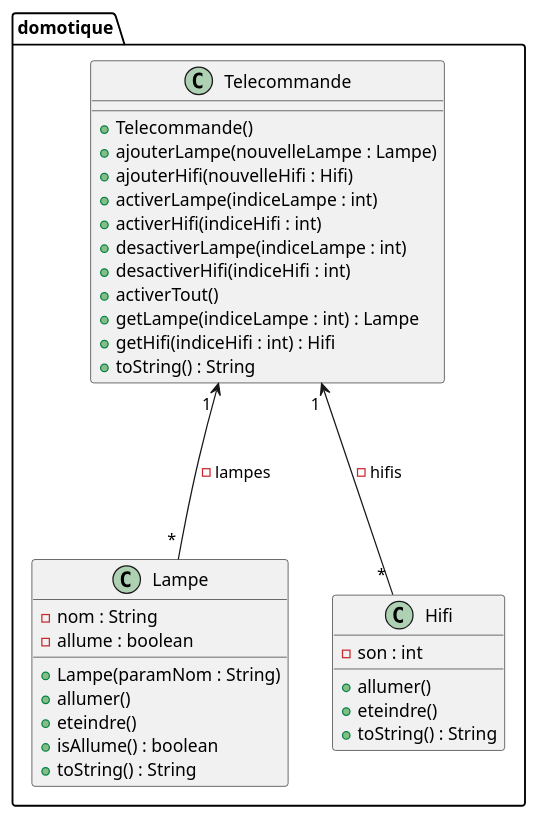
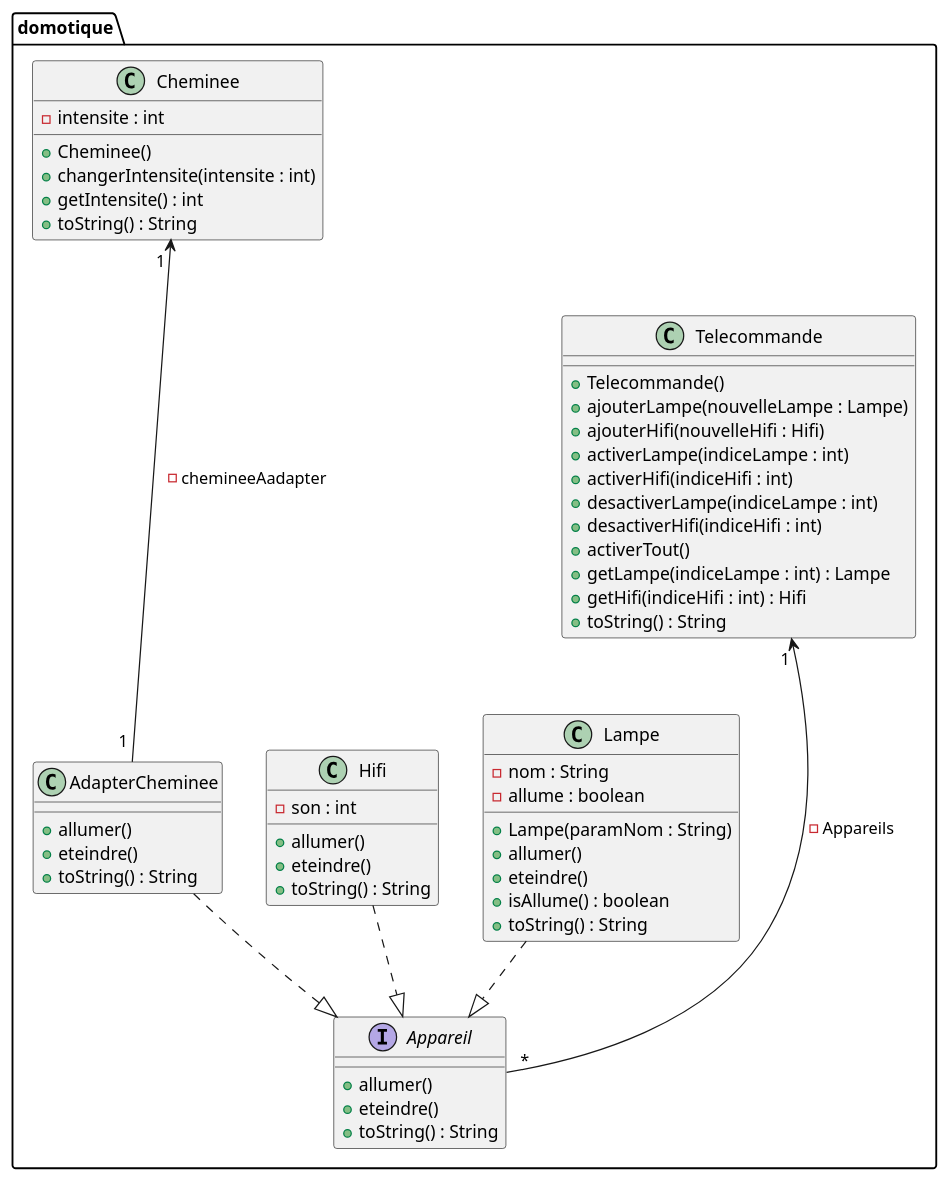
One commit to CharlieKieffer1/2026_coo_domotique_CharlieKieffer1 changed the diagram in plantUML_domotique_TD3.puml. Above: the diagram before and after it, drawn with PlantUML. The commit also changed 1 other file, not shown here.

Commit message:
modif du plantuml

```diff
--- a/plantUML_domotique_TD3.puml
+++ b/plantUML_domotique_TD3.puml
@@ -1,45 +1,71 @@
 @startuml
 
 package domotique {
 
 class Telecommande {
 
     + Telecommande()
     + ajouterLampe(nouvelleLampe : Lampe)
     + ajouterHifi(nouvelleHifi : Hifi)
     + activerLampe(indiceLampe : int)
     + activerHifi(indiceHifi : int)
     + desactiverLampe(indiceLampe : int)
     + desactiverHifi(indiceHifi : int)
     + activerTout()
     + getLampe(indiceLampe : int) : Lampe
     + getHifi(indiceHifi : int) : Hifi
+    + toString() : String
+}
+
+interface Appareil { 
+    + allumer()
+    + eteindre()
     + toString() : String
 }
 
 class Lampe {
     - nom : String
     - allume : boolean
 
     + Lampe(paramNom : String)
     + allumer()
     + eteindre()
     + isAllume() : boolean
     + toString() : String
 }
 
 class Hifi {
     - son : int
 
     + allumer()
     + eteindre()
     + toString() : String
 }
 
+class Cheminee {
+
+    - intensite : int 
+    
+    + Cheminee()
+    + changerIntensite(intensite : int) 
+    + getIntensite() : int
+    + toString() : String
+
+}
+
+class AdapterCheminee {
+    + allumer()
+    + eteindre()
+    + toString() : String
+}
+
 }
 
 ' Relations
-Telecommande " 1 " <--- " * " Lampe : -lampes
-Telecommande " 1 " <--- " * " Hifi : -hifis
+Telecommande " 1 " <--- " * " Appareil : -Appareils
+Cheminee " 1 " <--- " 1 " AdapterCheminee : -chemineeAadapter
+Lampe ..|> Appareil
+Hifi ..|> Appareil
+AdapterCheminee ..|> Appareil
 
 @enduml
```
